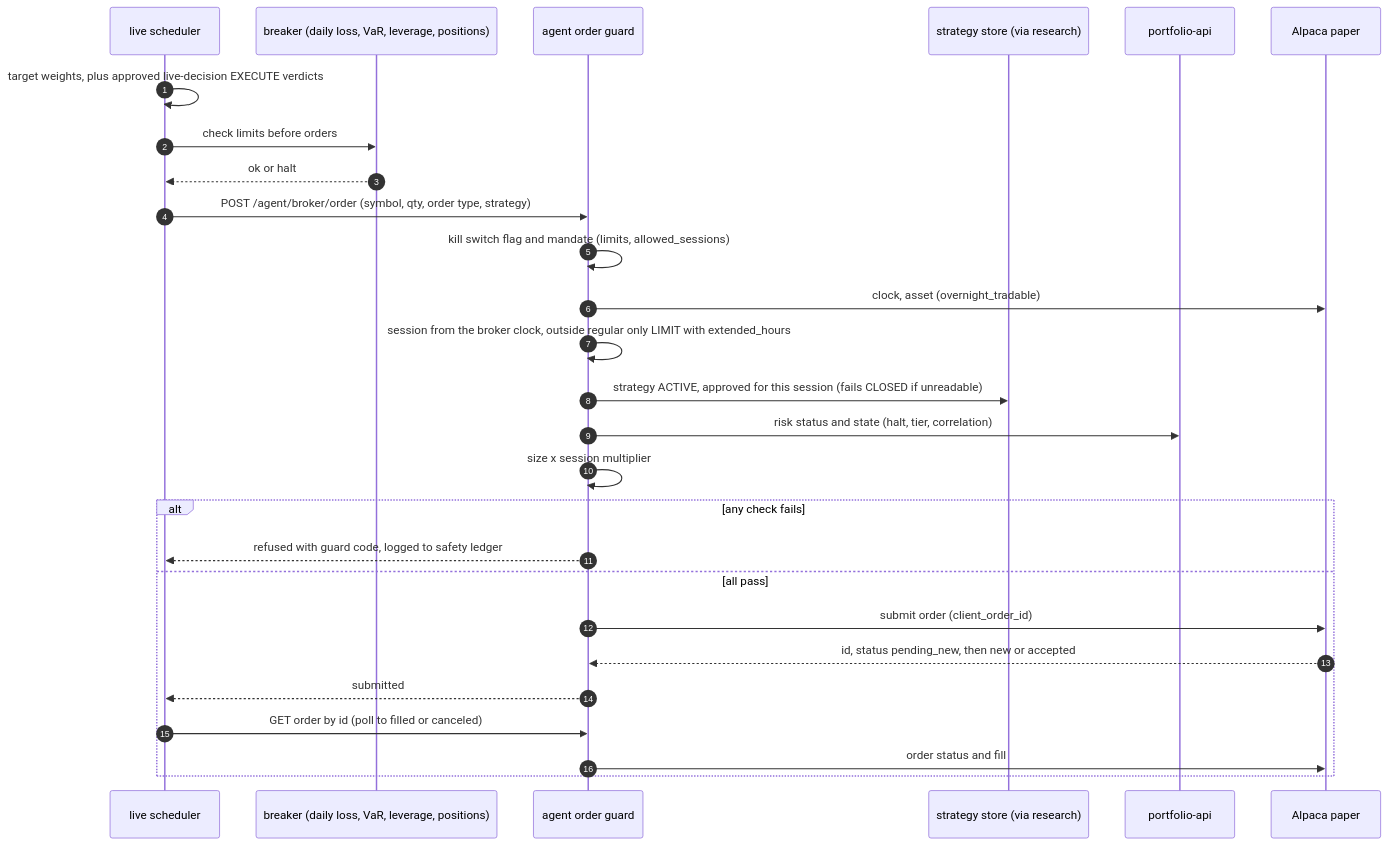
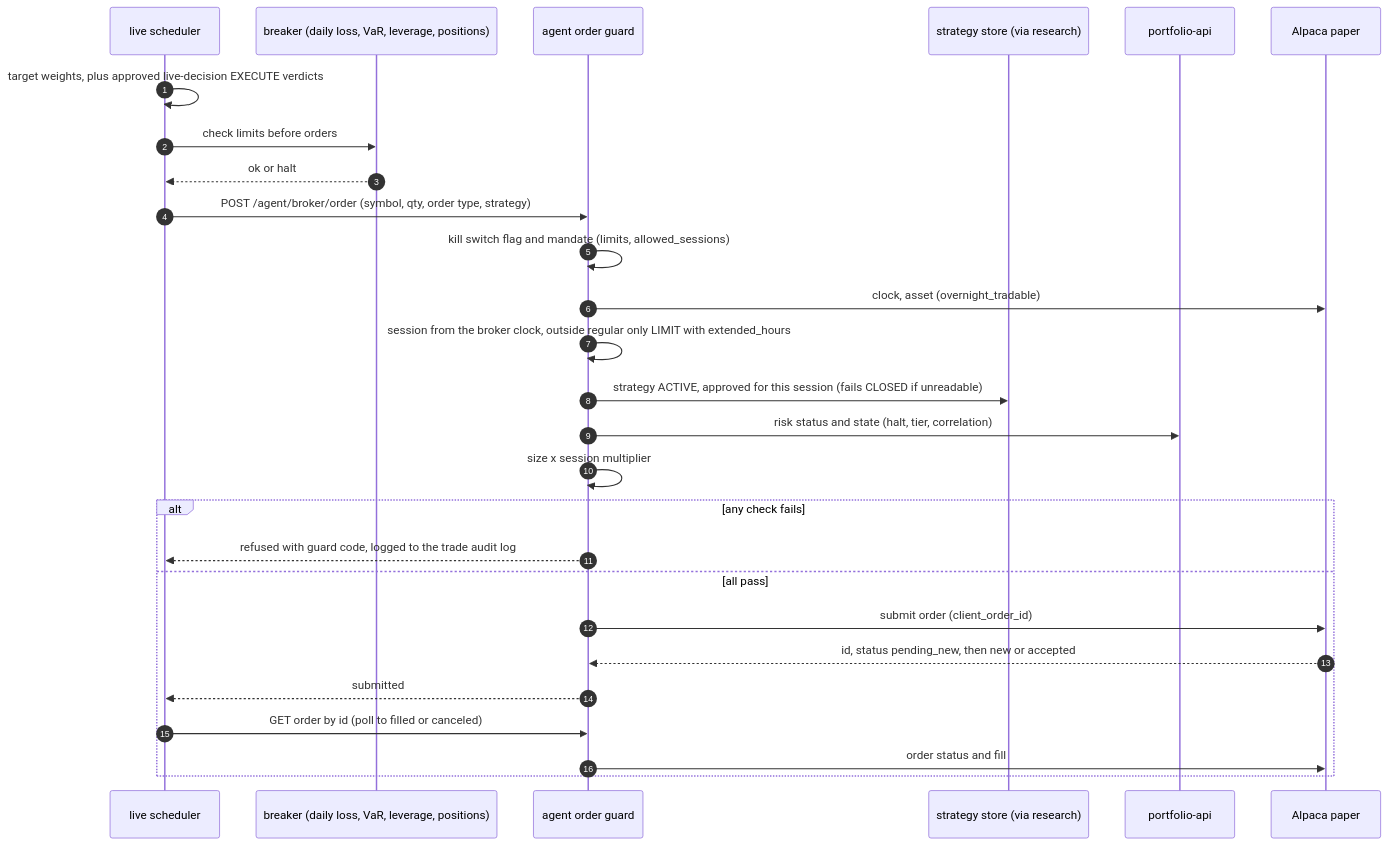
Before and after one commit to vinayakas1997/my-trading-work-3: the fifth of 8 diagrams in Proper-Project-Implementation/01-sequence-diagrams/sequence-diagrams.md, drawn with Mermaid. The commit also changed other lines of this file and 5 other files, not shown here.

Commit message:
Breaker measured against the real-money base; cooldown filtered by money mode; diagram corrected for the safety ledger; problem log P61-P62, O21 closed

````diff
--- a/Proper-Project-Implementation/01-sequence-diagrams/sequence-diagrams.md
+++ b/Proper-Project-Implementation/01-sequence-diagrams/sequence-diagrams.md
@@ -131,29 +131,29 @@
 ```mermaid
 sequenceDiagram
     autonumber
     participant LV as live scheduler
     participant BR as breaker (daily loss, VaR, leverage, positions)
     participant AG as agent order guard
     participant SS as strategy store (via research)
     participant PF as portfolio-api
     participant AP as Alpaca paper
     LV->>LV: target weights, plus approved live-decision EXECUTE verdicts
     LV->>BR: check limits before orders
     BR-->>LV: ok or halt
     LV->>AG: POST /agent/broker/order (symbol, qty, order type, strategy)
     AG->>AG: kill switch flag and mandate (limits, allowed_sessions)
     AG->>AP: clock, asset (overnight_tradable)
     AG->>AG: session from the broker clock, outside regular only LIMIT with extended_hours
     AG->>SS: strategy ACTIVE, approved for this session (fails CLOSED if unreadable)
     AG->>PF: risk status and state (halt, tier, correlation)
     AG->>AG: size x session multiplier
     alt any check fails
-        AG-->>LV: refused with guard code, logged to safety ledger
+        AG-->>LV: refused with guard code, logged to the trade audit log
     else all pass
         AG->>AP: submit order (client_order_id)
         AP-->>AG: id, status pending_new, then new or accepted
         AG-->>LV: submitted
         LV->>AG: GET order by id (poll to filled or canceled)
         AG->>AP: order status and fill
     end
 ```
````
